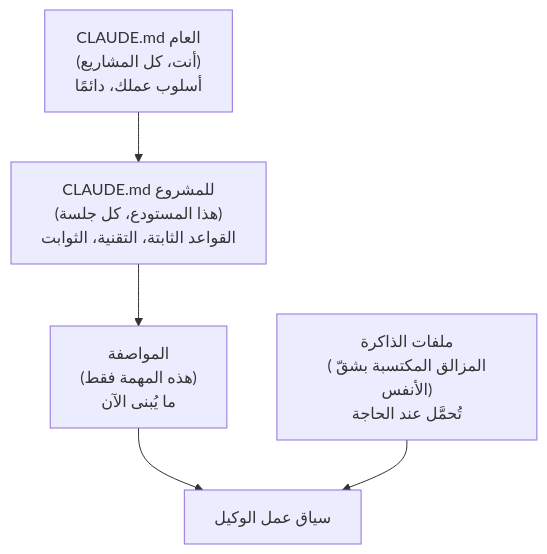
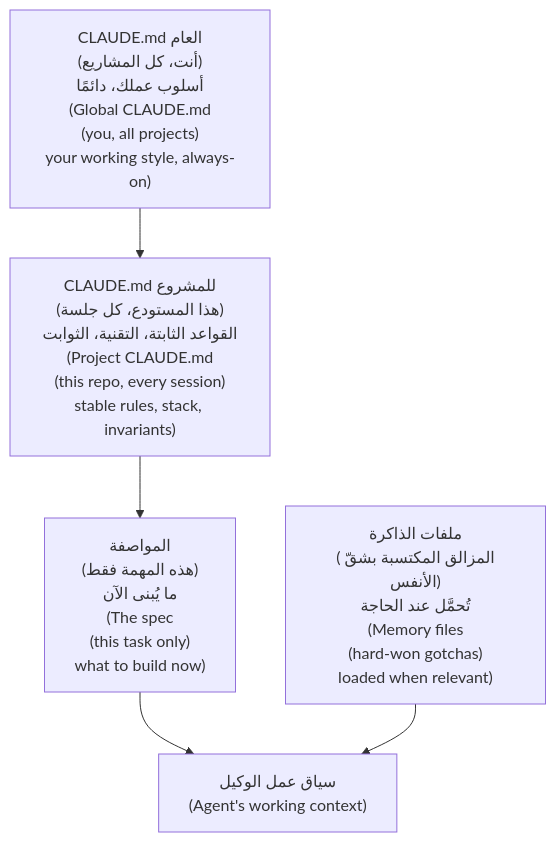
The second of 8 diagrams in modules/09-directing-ai-team/module.ar.md (Tamoura/system-design-for-vibe-coders), drawn with Mermaid before and after one commit. The commit also changed other lines of this file and 62 other files, not shown here.

First line of the commit message:
Arabic editions: English on every diagram label, RTL fixes, rebuild

````diff
--- a/modules/09-directing-ai-team/module.ar.md
+++ b/modules/09-directing-ai-team/module.ar.md
@@ -131,7 +131,7 @@
 ```mermaid
 flowchart TD
-    G["CLAUDE.md العام<br/>(أنت، كل المشاريع)<br/>أسلوب عملك، دائمًا"] --> P
-    P["CLAUDE.md للمشروع<br/>(هذا المستودع، كل جلسة)<br/>القواعد الثابتة، التقنية، الثوابت"] --> Task
-    Task["المواصفة<br/>(هذه المهمة فقط)<br/>ما يُبنى الآن"] --> Agent["سياق عمل الوكيل"]
-    M["ملفات الذاكرة<br/>(المزالق المكتسبة بشقّ الأنفس)<br/>تُحمَّل عند الحاجة"] --> Agent
+    G["CLAUDE.md العام<br/>(أنت، كل المشاريع)<br/>أسلوب عملك، دائمًا<br/>(Global CLAUDE.md<br/>(you, all projects)<br/>your working style, always-on)"] --> P
+    P["CLAUDE.md للمشروع<br/>(هذا المستودع، كل جلسة)<br/>القواعد الثابتة، التقنية، الثوابت<br/>(Project CLAUDE.md<br/>(this repo, every session)<br/>stable rules, stack, invariants)"] --> Task
+    Task["المواصفة<br/>(هذه المهمة فقط)<br/>ما يُبنى الآن<br/>(The spec<br/>(this task only)<br/>what to build now)"] --> Agent["سياق عمل الوكيل<br/>(Agent's working context)"]
+    M["ملفات الذاكرة<br/>(المزالق المكتسبة بشقّ الأنفس)<br/>تُحمَّل عند الحاجة<br/>(Memory files<br/>(hard-won gotchas)<br/>loaded when relevant)"] --> Agent
 ```
````
